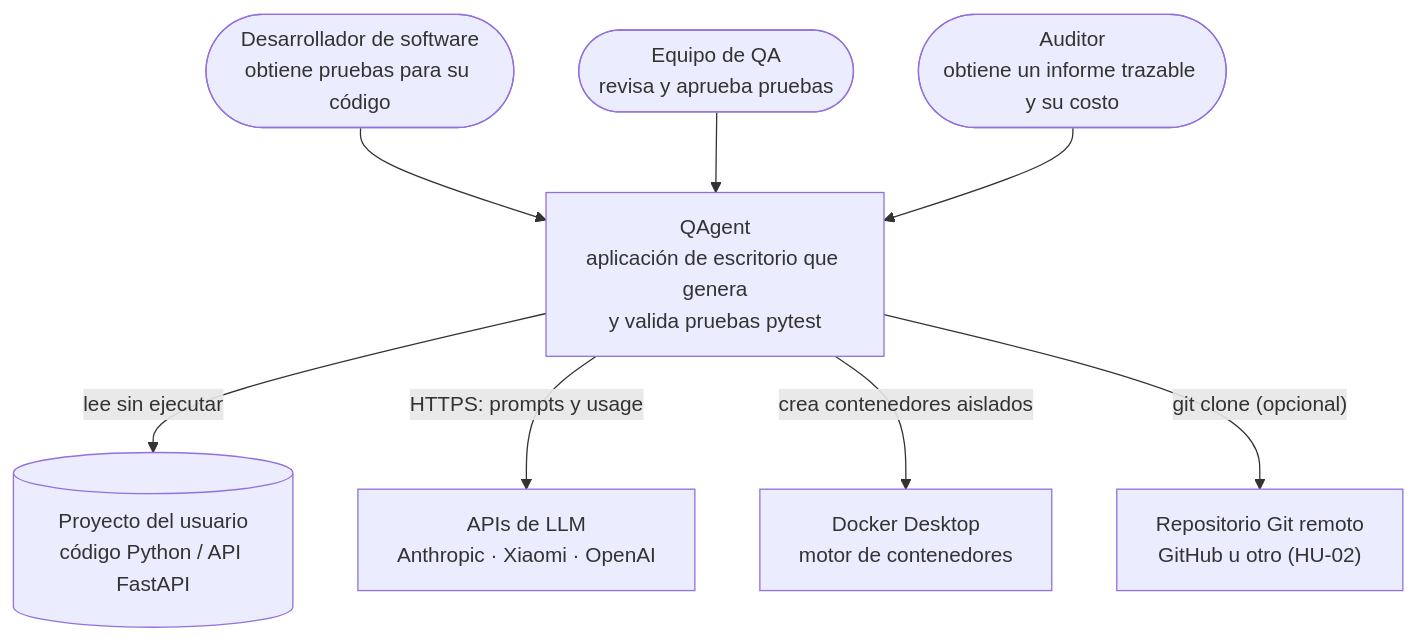
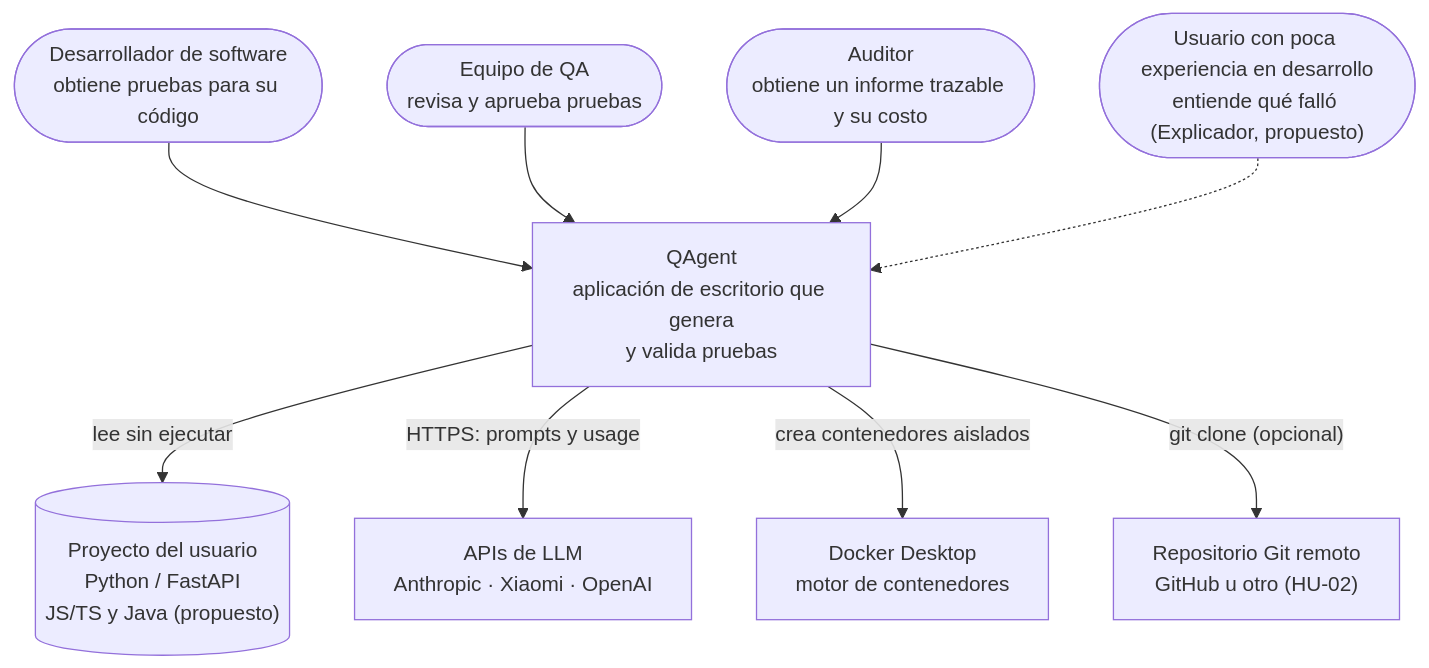
One commit to AngelOncoy/QAgent changed the first of 12 diagrams in docs/arquitectura.md. Above: the diagram before and after it, drawn with Mermaid. The commit also changed other lines of this file, not shown here.

First line of the commit message:
docs(EN-20): arquitectura del Sprint 2 en docs/arquitectura.md

````diff
--- a/docs/arquitectura.md
+++ b/docs/arquitectura.md
@@ -55,21 +69,23 @@
 ```mermaid
 flowchart TB
     DEV(["Desarrollador de software<br/>obtiene pruebas para su código"])
     QA(["Equipo de QA<br/>revisa y aprueba pruebas"])
     AUD(["Auditor<br/>obtiene un informe trazable y su costo"])
+    NT(["Usuario con poca experiencia en desarrollo<br/>entiende qué falló (Explicador, propuesto)"])
 
-    QAG["QAgent<br/>aplicación de escritorio que genera<br/>y valida pruebas pytest"]
+    QAG["QAgent<br/>aplicación de escritorio que genera<br/>y valida pruebas"]
 
-    SRC[("Proyecto del usuario<br/>código Python / API FastAPI")]
+    SRC[("Proyecto del usuario<br/>Python / FastAPI<br/>JS/TS y Java (propuesto)")]
     API["APIs de LLM<br/>Anthropic · Xiaomi · OpenAI"]
     DOCK["Docker Desktop<br/>motor de contenedores"]
     GIT["Repositorio Git remoto<br/>GitHub u otro (HU-02)"]
 
     DEV --> QAG
     QA --> QAG
     AUD --> QAG
+    NT -.-> QAG
     QAG -->|"lee sin ejecutar"| SRC
     QAG -->|"HTTPS: prompts y usage"| API
     QAG -->|"crea contenedores aislados"| DOCK
     QAG -->|"git clone (opcional)"| GIT
 ```
````
